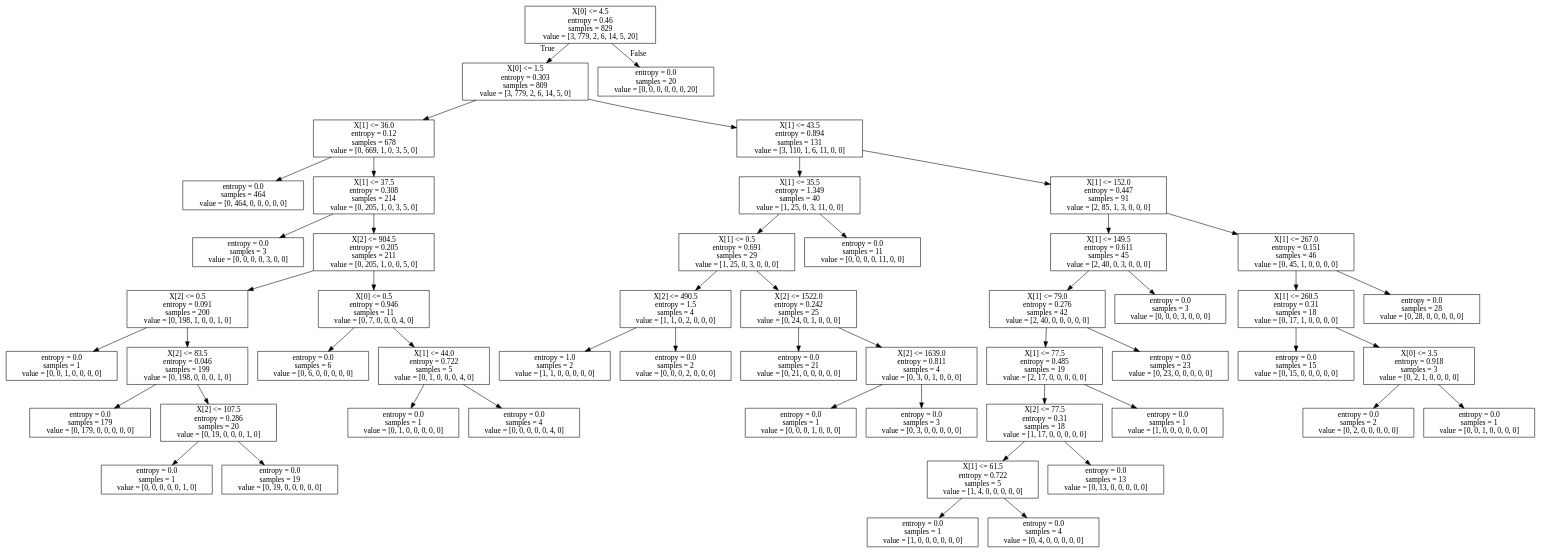
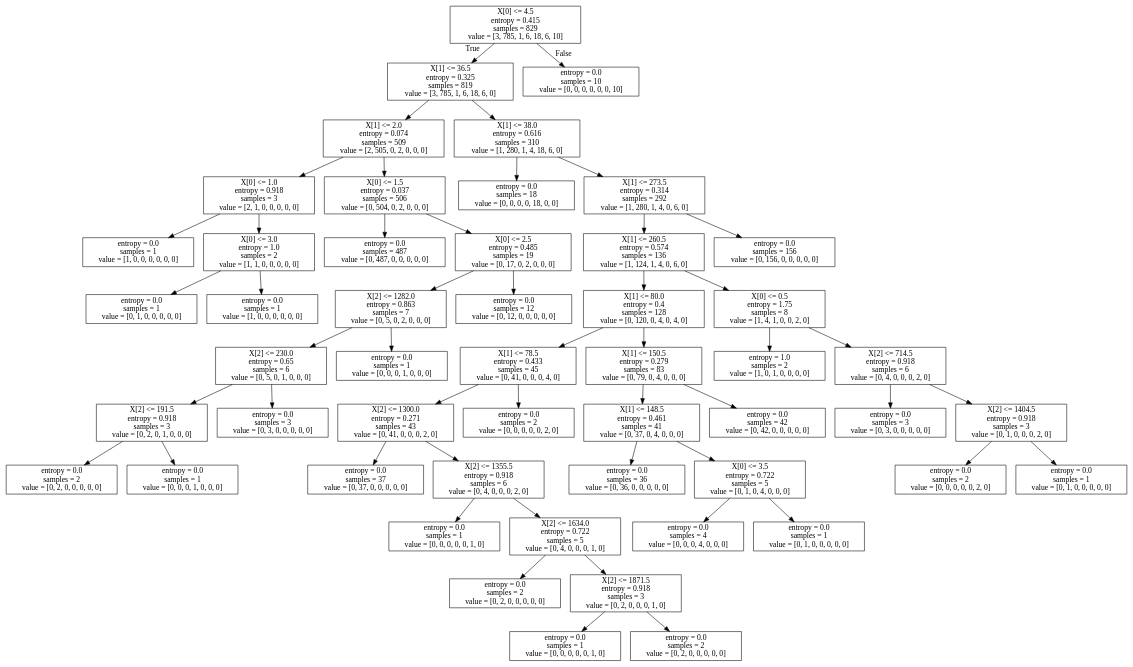
One commit to ncut224/ML changed the diagram in dt_arch_disvurl1_pd.dot. Above: the diagram before and after it, drawn with Graphviz. The commit also changed 4 other files, not shown here.

```diff
--- a/dt_arch_disvurl1_pd.dot
+++ b/dt_arch_disvurl1_pd.dot
@@ -1,104 +1,104 @@
 digraph Tree {
 node [shape=box] ;
-0 [label="X[0] <= 4.5\nentropy = 0.46\nsamples = 829\nvalue = [3, 779, 2, 6, 14, 5, 20]"] ;
-1 [label="X[0] <= 1.5\nentropy = 0.303\nsamples = 809\nvalue = [3, 779, 2, 6, 14, 5, 0]"] ;
+0 [label="X[0] <= 4.5\nentropy = 0.415\nsamples = 829\nvalue = [3, 785, 1, 6, 18, 6, 10]"] ;
+1 [label="X[1] <= 36.5\nentropy = 0.325\nsamples = 819\nvalue = [3, 785, 1, 6, 18, 6, 0]"] ;
 0 -> 1 [labeldistance=2.5, labelangle=45, headlabel="True"] ;
-2 [label="X[1] <= 36.0\nentropy = 0.12\nsamples = 678\nvalue = [0, 669, 1, 0, 3, 5, 0]"] ;
+2 [label="X[1] <= 2.0\nentropy = 0.074\nsamples = 509\nvalue = [2, 505, 0, 2, 0, 0, 0]"] ;
 1 -> 2 ;
-3 [label="entropy = 0.0\nsamples = 464\nvalue = [0, 464, 0, 0, 0, 0, 0]"] ;
+3 [label="X[0] <= 1.0\nentropy = 0.918\nsamples = 3\nvalue = [2, 1, 0, 0, 0, 0, 0]"] ;
 2 -> 3 ;
-4 [label="X[1] <= 37.5\nentropy = 0.308\nsamples = 214\nvalue = [0, 205, 1, 0, 3, 5, 0]"] ;
-2 -> 4 ;
-5 [label="entropy = 0.0\nsamples = 3\nvalue = [0, 0, 0, 0, 3, 0, 0]"] ;
-4 -> 5 ;
-6 [label="X[2] <= 904.5\nentropy = 0.205\nsamples = 211\nvalue = [0, 205, 1, 0, 0, 5, 0]"] ;
-4 -> 6 ;
-7 [label="X[2] <= 0.5\nentropy = 0.091\nsamples = 200\nvalue = [0, 198, 1, 0, 0, 1, 0]"] ;
-6 -> 7 ;
-8 [label="entropy = 0.0\nsamples = 1\nvalue = [0, 0, 1, 0, 0, 0, 0]"] ;
-7 -> 8 ;
-9 [label="X[2] <= 83.5\nentropy = 0.046\nsamples = 199\nvalue = [0, 198, 0, 0, 0, 1, 0]"] ;
-7 -> 9 ;
-10 [label="entropy = 0.0\nsamples = 179\nvalue = [0, 179, 0, 0, 0, 0, 0]"] ;
-9 -> 10 ;
-11 [label="X[2] <= 107.5\nentropy = 0.286\nsamples = 20\nvalue = [0, 19, 0, 0, 0, 1, 0]"] ;
-9 -> 11 ;
-12 [label="entropy = 0.0\nsamples = 1\nvalue = [0, 0, 0, 0, 0, 1, 0]"] ;
+4 [label="entropy = 0.0\nsamples = 1\nvalue = [1, 0, 0, 0, 0, 0, 0]"] ;
+3 -> 4 ;
+5 [label="X[0] <= 3.0\nentropy = 1.0\nsamples = 2\nvalue = [1, 1, 0, 0, 0, 0, 0]"] ;
+3 -> 5 ;
+6 [label="entropy = 0.0\nsamples = 1\nvalue = [0, 1, 0, 0, 0, 0, 0]"] ;
+5 -> 6 ;
+7 [label="entropy = 0.0\nsamples = 1\nvalue = [1, 0, 0, 0, 0, 0, 0]"] ;
+5 -> 7 ;
+8 [label="X[0] <= 1.5\nentropy = 0.037\nsamples = 506\nvalue = [0, 504, 0, 2, 0, 0, 0]"] ;
+2 -> 8 ;
+9 [label="entropy = 0.0\nsamples = 487\nvalue = [0, 487, 0, 0, 0, 0, 0]"] ;
+8 -> 9 ;
+10 [label="X[0] <= 2.5\nentropy = 0.485\nsamples = 19\nvalue = [0, 17, 0, 2, 0, 0, 0]"] ;
+8 -> 10 ;
+11 [label="X[2] <= 1282.0\nentropy = 0.863\nsamples = 7\nvalue = [0, 5, 0, 2, 0, 0, 0]"] ;
+10 -> 11 ;
+12 [label="X[2] <= 230.0\nentropy = 0.65\nsamples = 6\nvalue = [0, 5, 0, 1, 0, 0, 0]"] ;
 11 -> 12 ;
-13 [label="entropy = 0.0\nsamples = 19\nvalue = [0, 19, 0, 0, 0, 0, 0]"] ;
-11 -> 13 ;
-14 [label="X[0] <= 0.5\nentropy = 0.946\nsamples = 11\nvalue = [0, 7, 0, 0, 0, 4, 0]"] ;
-6 -> 14 ;
-15 [label="entropy = 0.0\nsamples = 6\nvalue = [0, 6, 0, 0, 0, 0, 0]"] ;
-14 -> 15 ;
-16 [label="X[1] <= 44.0\nentropy = 0.722\nsamples = 5\nvalue = [0, 1, 0, 0, 0, 4, 0]"] ;
-14 -> 16 ;
-17 [label="entropy = 0.0\nsamples = 1\nvalue = [0, 1, 0, 0, 0, 0, 0]"] ;
-16 -> 17 ;
-18 [label="entropy = 0.0\nsamples = 4\nvalue = [0, 0, 0, 0, 0, 4, 0]"] ;
-16 -> 18 ;
-19 [label="X[1] <= 43.5\nentropy = 0.894\nsamples = 131\nvalue = [3, 110, 1, 6, 11, 0, 0]"] ;
+13 [label="X[2] <= 191.5\nentropy = 0.918\nsamples = 3\nvalue = [0, 2, 0, 1, 0, 0, 0]"] ;
+12 -> 13 ;
+14 [label="entropy = 0.0\nsamples = 2\nvalue = [0, 2, 0, 0, 0, 0, 0]"] ;
+13 -> 14 ;
+15 [label="entropy = 0.0\nsamples = 1\nvalue = [0, 0, 0, 1, 0, 0, 0]"] ;
+13 -> 15 ;
+16 [label="entropy = 0.0\nsamples = 3\nvalue = [0, 3, 0, 0, 0, 0, 0]"] ;
+12 -> 16 ;
+17 [label="entropy = 0.0\nsamples = 1\nvalue = [0, 0, 0, 1, 0, 0, 0]"] ;
+11 -> 17 ;
+18 [label="entropy = 0.0\nsamples = 12\nvalue = [0, 12, 0, 0, 0, 0, 0]"] ;
+10 -> 18 ;
+19 [label="X[1] <= 38.0\nentropy = 0.616\nsamples = 310\nvalue = [1, 280, 1, 4, 18, 6, 0]"] ;
 1 -> 19 ;
-20 [label="X[1] <= 35.5\nentropy = 1.349\nsamples = 40\nvalue = [1, 25, 0, 3, 11, 0, 0]"] ;
+20 [label="entropy = 0.0\nsamples = 18\nvalue = [0, 0, 0, 0, 18, 0, 0]"] ;
 19 -> 20 ;
-21 [label="X[1] <= 0.5\nentropy = 0.691\nsamples = 29\nvalue = [1, 25, 0, 3, 0, 0, 0]"] ;
-20 -> 21 ;
-22 [label="X[2] <= 490.5\nentropy = 1.5\nsamples = 4\nvalue = [1, 1, 0, 2, 0, 0, 0]"] ;
+21 [label="X[1] <= 273.5\nentropy = 0.314\nsamples = 292\nvalue = [1, 280, 1, 4, 0, 6, 0]"] ;
+19 -> 21 ;
+22 [label="X[1] <= 260.5\nentropy = 0.574\nsamples = 136\nvalue = [1, 124, 1, 4, 0, 6, 0]"] ;
 21 -> 22 ;
-23 [label="entropy = 1.0\nsamples = 2\nvalue = [1, 1, 0, 0, 0, 0, 0]"] ;
+23 [label="X[1] <= 80.0\nentropy = 0.4\nsamples = 128\nvalue = [0, 120, 0, 4, 0, 4, 0]"] ;
 22 -> 23 ;
-24 [label="entropy = 0.0\nsamples = 2\nvalue = [0, 0, 0, 2, 0, 0, 0]"] ;
-22 -> 24 ;
-25 [label="X[2] <= 1522.0\nentropy = 0.242\nsamples = 25\nvalue = [0, 24, 0, 1, 0, 0, 0]"] ;
-21 -> 25 ;
-26 [label="entropy = 0.0\nsamples = 21\nvalue = [0, 21, 0, 0, 0, 0, 0]"] ;
+24 [label="X[1] <= 78.5\nentropy = 0.433\nsamples = 45\nvalue = [0, 41, 0, 0, 0, 4, 0]"] ;
+23 -> 24 ;
+25 [label="X[2] <= 1300.0\nentropy = 0.271\nsamples = 43\nvalue = [0, 41, 0, 0, 0, 2, 0]"] ;
+24 -> 25 ;
+26 [label="entropy = 0.0\nsamples = 37\nvalue = [0, 37, 0, 0, 0, 0, 0]"] ;
 25 -> 26 ;
-27 [label="X[2] <= 1639.0\nentropy = 0.811\nsamples = 4\nvalue = [0, 3, 0, 1, 0, 0, 0]"] ;
+27 [label="X[2] <= 1355.5\nentropy = 0.918\nsamples = 6\nvalue = [0, 4, 0, 0, 0, 2, 0]"] ;
 25 -> 27 ;
-28 [label="entropy = 0.0\nsamples = 1\nvalue = [0, 0, 0, 1, 0, 0, 0]"] ;
+28 [label="entropy = 0.0\nsamples = 1\nvalue = [0, 0, 0, 0, 0, 1, 0]"] ;
 27 -> 28 ;
-29 [label="entropy = 0.0\nsamples = 3\nvalue = [0, 3, 0, 0, 0, 0, 0]"] ;
+29 [label="X[2] <= 1634.0\nentropy = 0.722\nsamples = 5\nvalue = [0, 4, 0, 0, 0, 1, 0]"] ;
 27 -> 29 ;
-30 [label="entropy = 0.0\nsamples = 11\nvalue = [0, 0, 0, 0, 11, 0, 0]"] ;
-20 -> 30 ;
-31 [label="X[1] <= 152.0\nentropy = 0.447\nsamples = 91\nvalue = [2, 85, 1, 3, 0, 0, 0]"] ;
-19 -> 31 ;
-32 [label="X[1] <= 149.5\nentropy = 0.611\nsamples = 45\nvalue = [2, 40, 0, 3, 0, 0, 0]"] ;
+30 [label="entropy = 0.0\nsamples = 2\nvalue = [0, 2, 0, 0, 0, 0, 0]"] ;
+29 -> 30 ;
+31 [label="X[2] <= 1871.5\nentropy = 0.918\nsamples = 3\nvalue = [0, 2, 0, 0, 0, 1, 0]"] ;
+29 -> 31 ;
+32 [label="entropy = 0.0\nsamples = 1\nvalue = [0, 0, 0, 0, 0, 1, 0]"] ;
 31 -> 32 ;
-33 [label="X[1] <= 79.0\nentropy = 0.276\nsamples = 42\nvalue = [2, 40, 0, 0, 0, 0, 0]"] ;
-32 -> 33 ;
-34 [label="X[1] <= 77.5\nentropy = 0.485\nsamples = 19\nvalue = [2, 17, 0, 0, 0, 0, 0]"] ;
-33 -> 34 ;
-35 [label="X[2] <= 77.5\nentropy = 0.31\nsamples = 18\nvalue = [1, 17, 0, 0, 0, 0, 0]"] ;
-34 -> 35 ;
-36 [label="X[1] <= 61.5\nentropy = 0.722\nsamples = 5\nvalue = [1, 4, 0, 0, 0, 0, 0]"] ;
+33 [label="entropy = 0.0\nsamples = 2\nvalue = [0, 2, 0, 0, 0, 0, 0]"] ;
+31 -> 33 ;
+34 [label="entropy = 0.0\nsamples = 2\nvalue = [0, 0, 0, 0, 0, 2, 0]"] ;
+24 -> 34 ;
+35 [label="X[1] <= 150.5\nentropy = 0.279\nsamples = 83\nvalue = [0, 79, 0, 4, 0, 0, 0]"] ;
+23 -> 35 ;
+36 [label="X[1] <= 148.5\nentropy = 0.461\nsamples = 41\nvalue = [0, 37, 0, 4, 0, 0, 0]"] ;
 35 -> 36 ;
-37 [label="entropy = 0.0\nsamples = 1\nvalue = [1, 0, 0, 0, 0, 0, 0]"] ;
+37 [label="entropy = 0.0\nsamples = 36\nvalue = [0, 36, 0, 0, 0, 0, 0]"] ;
 36 -> 37 ;
-38 [label="entropy = 0.0\nsamples = 4\nvalue = [0, 4, 0, 0, 0, 0, 0]"] ;
+38 [label="X[0] <= 3.5\nentropy = 0.722\nsamples = 5\nvalue = [0, 1, 0, 4, 0, 0, 0]"] ;
 36 -> 38 ;
-39 [label="entropy = 0.0\nsamples = 13\nvalue = [0, 13, 0, 0, 0, 0, 0]"] ;
-35 -> 39 ;
-40 [label="entropy = 0.0\nsamples = 1\nvalue = [1, 0, 0, 0, 0, 0, 0]"] ;
-34 -> 40 ;
-41 [label="entropy = 0.0\nsamples = 23\nvalue = [0, 23, 0, 0, 0, 0, 0]"] ;
-33 -> 41 ;
-42 [label="entropy = 0.0\nsamples = 3\nvalue = [0, 0, 0, 3, 0, 0, 0]"] ;
-32 -> 42 ;
-43 [label="X[1] <= 267.0\nentropy = 0.151\nsamples = 46\nvalue = [0, 45, 1, 0, 0, 0, 0]"] ;
-31 -> 43 ;
-44 [label="X[1] <= 260.5\nentropy = 0.31\nsamples = 18\nvalue = [0, 17, 1, 0, 0, 0, 0]"] ;
-43 -> 44 ;
-45 [label="entropy = 0.0\nsamples = 15\nvalue = [0, 15, 0, 0, 0, 0, 0]"] ;
+39 [label="entropy = 0.0\nsamples = 4\nvalue = [0, 0, 0, 4, 0, 0, 0]"] ;
+38 -> 39 ;
+40 [label="entropy = 0.0\nsamples = 1\nvalue = [0, 1, 0, 0, 0, 0, 0]"] ;
+38 -> 40 ;
+41 [label="entropy = 0.0\nsamples = 42\nvalue = [0, 42, 0, 0, 0, 0, 0]"] ;
+35 -> 41 ;
+42 [label="X[0] <= 0.5\nentropy = 1.75\nsamples = 8\nvalue = [1, 4, 1, 0, 0, 2, 0]"] ;
+22 -> 42 ;
+43 [label="entropy = 1.0\nsamples = 2\nvalue = [1, 0, 1, 0, 0, 0, 0]"] ;
+42 -> 43 ;
+44 [label="X[2] <= 714.5\nentropy = 0.918\nsamples = 6\nvalue = [0, 4, 0, 0, 0, 2, 0]"] ;
+42 -> 44 ;
+45 [label="entropy = 0.0\nsamples = 3\nvalue = [0, 3, 0, 0, 0, 0, 0]"] ;
 44 -> 45 ;
-46 [label="X[0] <= 3.5\nentropy = 0.918\nsamples = 3\nvalue = [0, 2, 1, 0, 0, 0, 0]"] ;
+46 [label="X[2] <= 1404.5\nentropy = 0.918\nsamples = 3\nvalue = [0, 1, 0, 0, 0, 2, 0]"] ;
 44 -> 46 ;
-47 [label="entropy = 0.0\nsamples = 2\nvalue = [0, 2, 0, 0, 0, 0, 0]"] ;
+47 [label="entropy = 0.0\nsamples = 2\nvalue = [0, 0, 0, 0, 0, 2, 0]"] ;
 46 -> 47 ;
-48 [label="entropy = 0.0\nsamples = 1\nvalue = [0, 0, 1, 0, 0, 0, 0]"] ;
+48 [label="entropy = 0.0\nsamples = 1\nvalue = [0, 1, 0, 0, 0, 0, 0]"] ;
 46 -> 48 ;
-49 [label="entropy = 0.0\nsamples = 28\nvalue = [0, 28, 0, 0, 0, 0, 0]"] ;
-43 -> 49 ;
-50 [label="entropy = 0.0\nsamples = 20\nvalue = [0, 0, 0, 0, 0, 0, 20]"] ;
+49 [label="entropy = 0.0\nsamples = 156\nvalue = [0, 156, 0, 0, 0, 0, 0]"] ;
+21 -> 49 ;
+50 [label="entropy = 0.0\nsamples = 10\nvalue = [0, 0, 0, 0, 0, 0, 10]"] ;
 0 -> 50 [labeldistance=2.5, labelangle=-45, headlabel="False"] ;
 }
```
